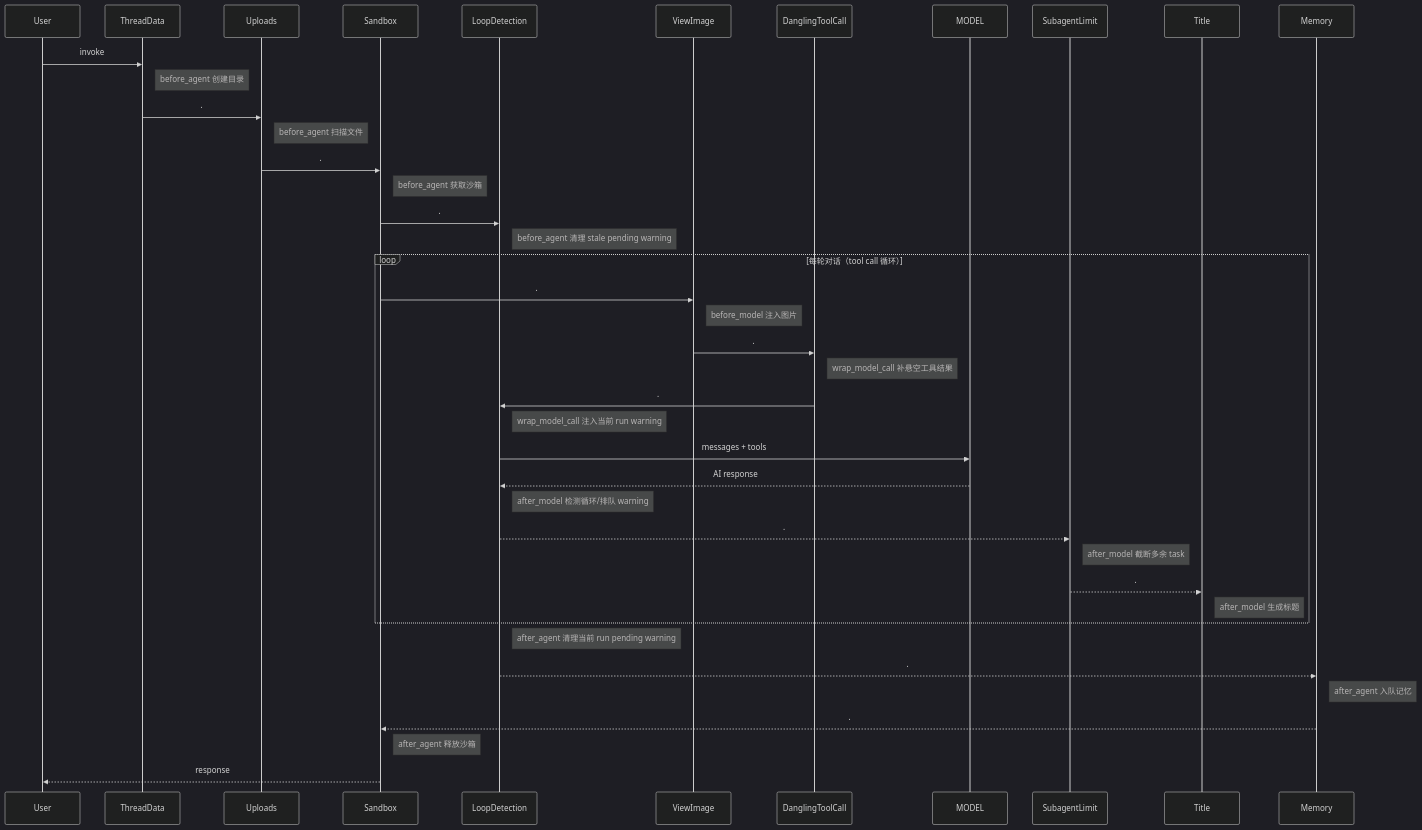
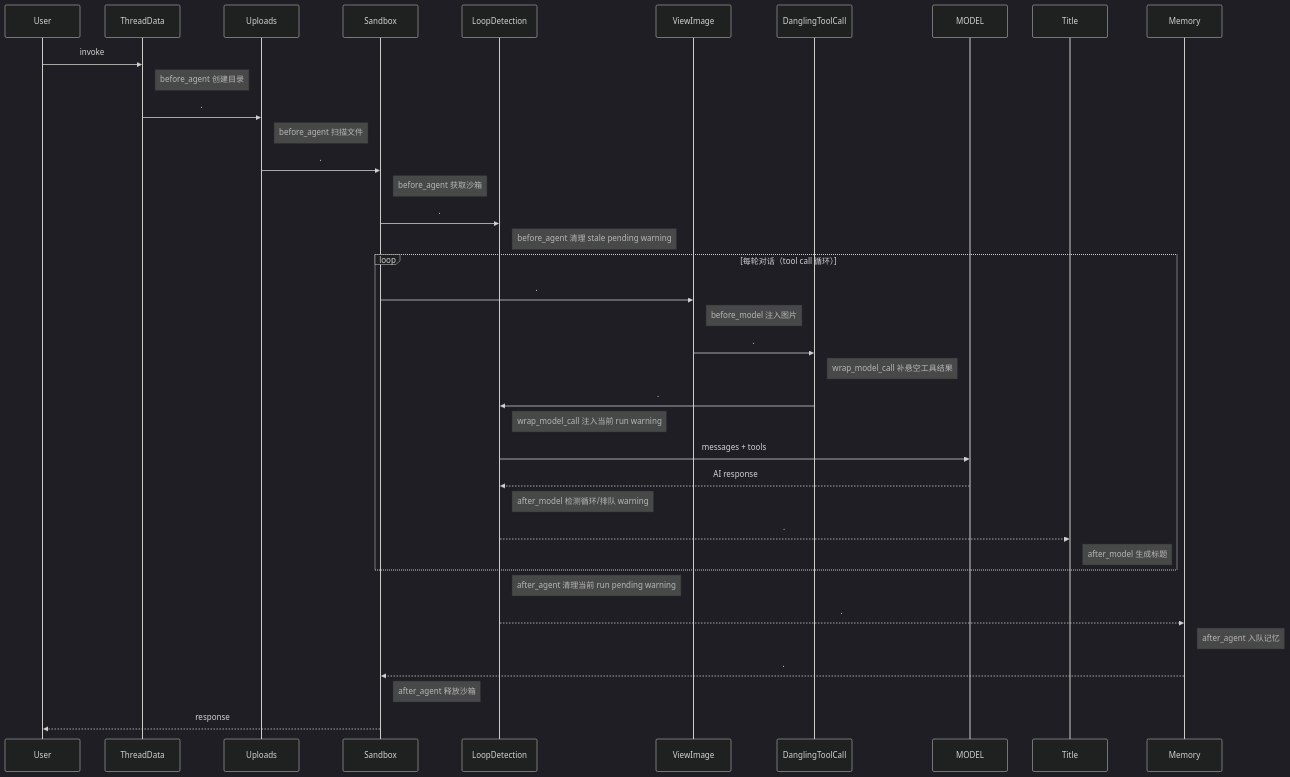
The fourth of 4 diagrams in backend/docs/middleware-execution-flow.md (pingxia710/DeerFlow), drawn with Mermaid (dark theme) before and after one commit. The commit also changed other lines of this file and 249 other files, not shown here.

````diff
--- a/backend/docs/middleware-execution-flow.md
+++ b/backend/docs/middleware-execution-flow.md
@@ -229,46 +222,43 @@
 ```mermaid
 sequenceDiagram
     participant U as User
     participant TD as ThreadData
     participant UL as Uploads
     participant SB as Sandbox
     participant LD as LoopDetection
     participant VI as ViewImage
     participant DTC as DanglingToolCall
     participant M as MODEL
-    participant SL as SubagentLimit
     participant TI as Title
     participant MEM as Memory
 
     U ->> TD: invoke
     Note right of TD: before_agent 创建目录
     TD ->> UL: .
     Note right of UL: before_agent 扫描文件
     UL ->> SB: .
     Note right of SB: before_agent 获取沙箱
     SB ->> LD: .
     Note right of LD: before_agent 清理 stale pending warning
 
     loop 每轮对话（tool call 循环）
         SB ->> VI: .
         Note right of VI: before_model 注入图片
         VI ->> DTC: .
         Note right of DTC: wrap_model_call 补悬空工具结果
         DTC ->> LD: .
         Note right of LD: wrap_model_call 注入当前 run warning
         LD ->> M: messages + tools
         M -->> LD: AI response
         Note right of LD: after_model 检测循环/排队 warning
-        LD -->> SL: .
-        Note right of SL: after_model 截断多余 task
-        SL -->> TI: .
+        LD -->> TI: .
         Note right of TI: after_model 生成标题
     end
 
     Note right of LD: after_agent 清理当前 run pending warning
     LD -->> MEM: .
     Note right of MEM: after_agent 入队记忆
     MEM -->> SB: .
     Note right of SB: after_agent 释放沙箱
     SB -->> U: response
 ```
````
